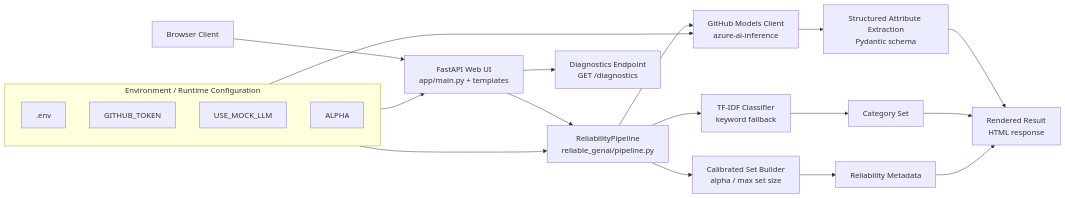
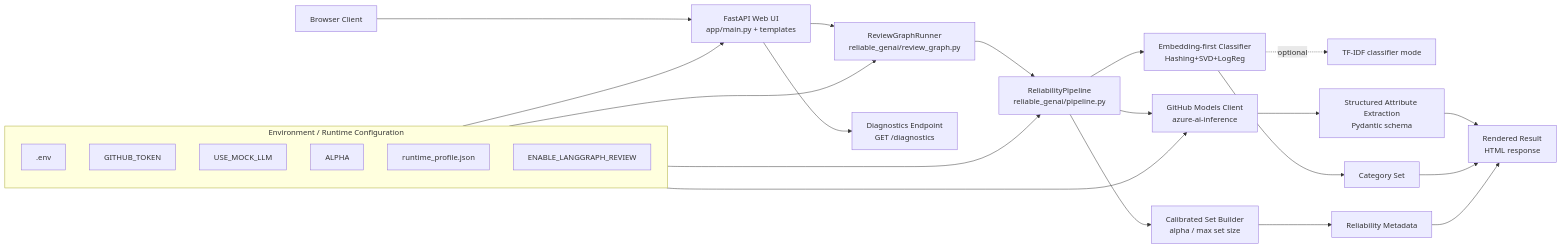
The diagram in TECHNICAL.md (zparvez2z/uamas), drawn with Mermaid before and after one commit. The commit also changed other lines of this file and 1 other file, not shown here.

Commit message:
Simplify README and align technical architecture docs

````diff
--- a/TECHNICAL.md
+++ b/TECHNICAL.md
@@ -30,29 +30,34 @@
 ```mermaid
 flowchart LR
   U[Browser Client] --> UI[FastAPI Web UI\napp/main.py + templates]
-  UI --> P[ReliabilityPipeline\nreliable_genai/pipeline.py]
+  UI --> RG[ReviewGraphRunner\nreliable_genai/review_graph.py]
+  RG --> P[ReliabilityPipeline\nreliable_genai/pipeline.py]
   UI --> D[Diagnostics Endpoint\nGET /diagnostics]
 
-  P --> C[TF-IDF Classifier\nkeyword fallback]
+  P --> C[Embedding-first Classifier\nHashing+SVD+LogReg]
   P --> S[Calibrated Set Builder\nalpha / max set size]
   P --> L[GitHub Models Client\nazure-ai-inference]
+  C -. optional .-> C2[TF-IDF classifier mode]
 
   C --> M[Category Set]
   S --> R[Reliability Metadata]
   L --> A[Structured Attribute Extraction\nPydantic schema]
 
   A --> O[Rendered Result\nHTML response]
   M --> O
   R --> O
 
   subgraph Config[Environment / Runtime Configuration]
     E1[.env]
     E2[GITHUB_TOKEN]
     E3[USE_MOCK_LLM]
     E4[ALPHA]
+    E5[runtime_profile.json]
+    E6[ENABLE_LANGGRAPH_REVIEW]
   end
 
+  Config --> RG
   Config --> P
   Config --> L
   Config --> UI
 ```
````
